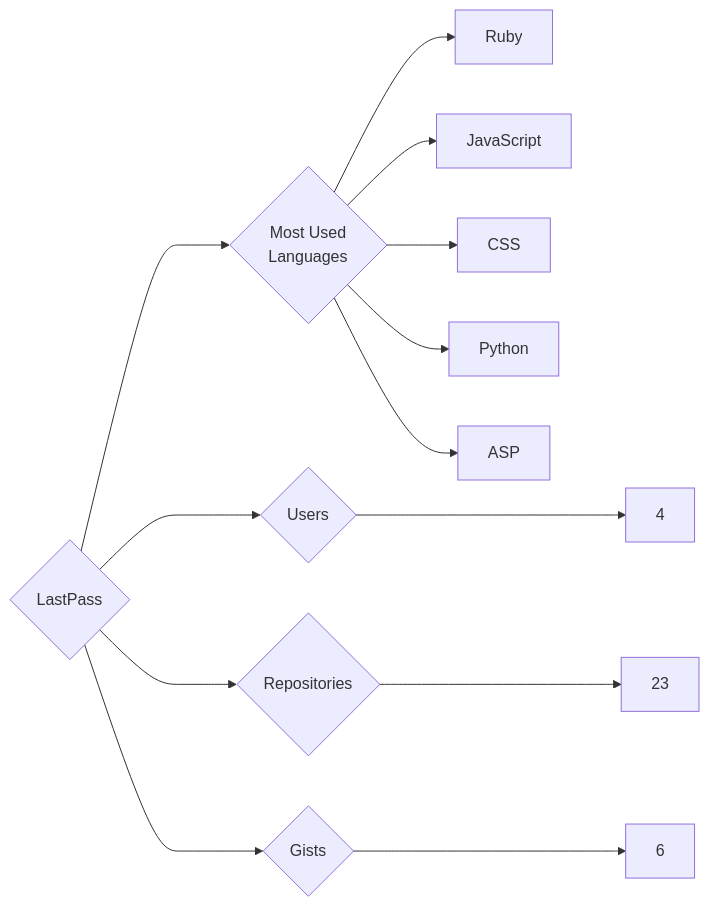
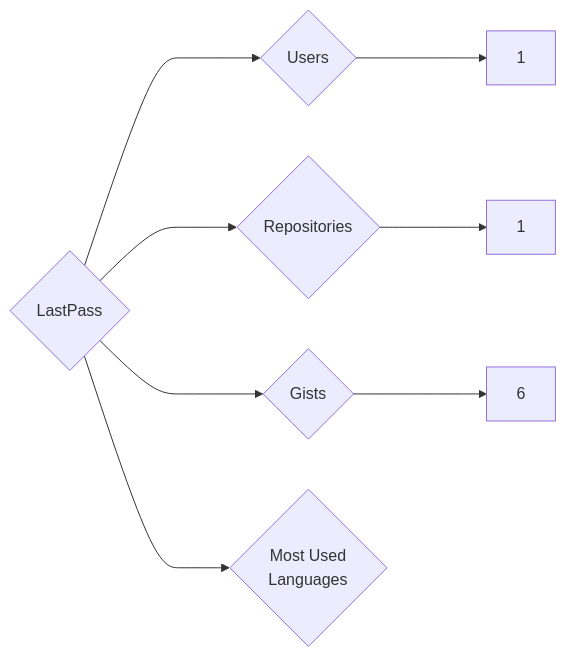
Before and after one commit to trickest/insiders: the diagram in targets/LastPass/README.md, drawn with Mermaid. The commit also changed 679 other files, not shown here.

````diff
--- a/targets/LastPass/README.md
+++ b/targets/LastPass/README.md
@@ -3,13 +3,8 @@
 ```mermaid
 graph LR
 COMPANY_NAME{LastPass}
-COMPANY_NAME ---> U{Users} ---> UN[4]
-COMPANY_NAME ---> R{Repositories} ---> RN[23]
+COMPANY_NAME ---> U{Users} ---> UN[1]
+COMPANY_NAME ---> R{Repositories} ---> RN[1]
 COMPANY_NAME ---> G{Gists} ---> GN[6]
 COMPANY_NAME ---> ML{Most Used<br>Languages}
-ML --> Ruby[Ruby]
-ML --> JavaScript[JavaScript]
-ML --> CSS[CSS]
-ML --> Python[Python]
-ML --> ASP[ASP]
 ```
````
